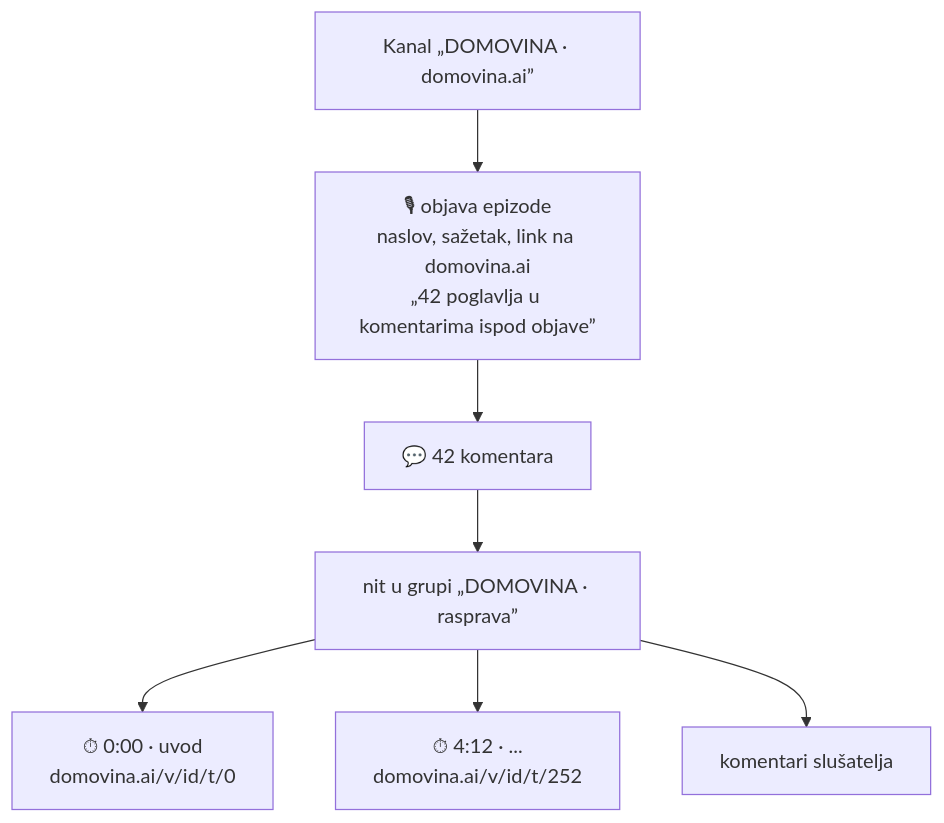
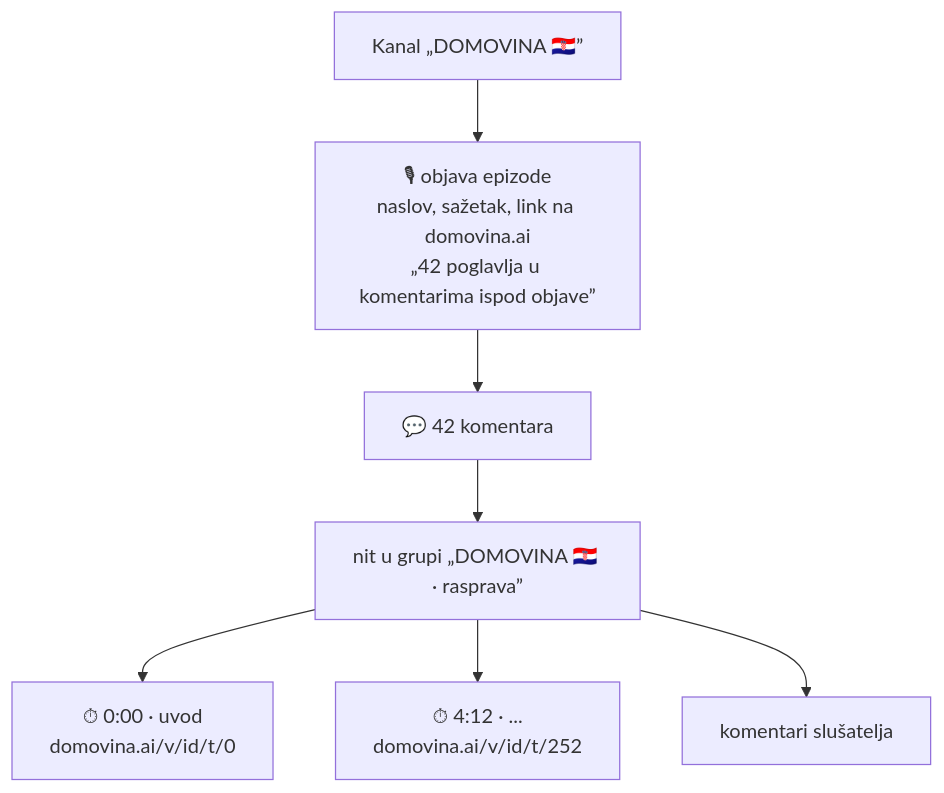
The second of 4 diagrams in docs/2026-11-19-poglavlja-u-komentarima-i-prvi-kanal.md (domovinatv/telegram.domovina.ai), drawn with Mermaid before and after one commit. The commit also changed other lines of this file and 6 other files, not shown here.

````diff
--- a/docs/2026-11-19-poglavlja-u-komentarima-i-prvi-kanal.md
+++ b/docs/2026-11-19-poglavlja-u-komentarima-i-prvi-kanal.md
@@ -76,9 +79,9 @@
 ```mermaid
 flowchart TD
-  K["Kanal „DOMOVINA · domovina.ai”"] --> O["🎙 objava epizode<br/>naslov, sažetak, link na domovina.ai<br/>„42 poglavlja u komentarima ispod objave”"]
+  K["Kanal „DOMOVINA 🇭🇷”"] --> O["🎙 objava epizode<br/>naslov, sažetak, link na domovina.ai<br/>„42 poglavlja u komentarima ispod objave”"]
   O --> C["💬 42 komentara"]
-  C --> N["nit u grupi „DOMOVINA · rasprava”"]
+  C --> N["nit u grupi „DOMOVINA 🇭🇷 · rasprava”"]
   N --> P1["⏱ 0:00 · uvod<br/>domovina.ai/v/id/t/0"]
   N --> P2["⏱ 4:12 · ...<br/>domovina.ai/v/id/t/252"]
   N --> R["komentari slušatelja"]
 ```
````
